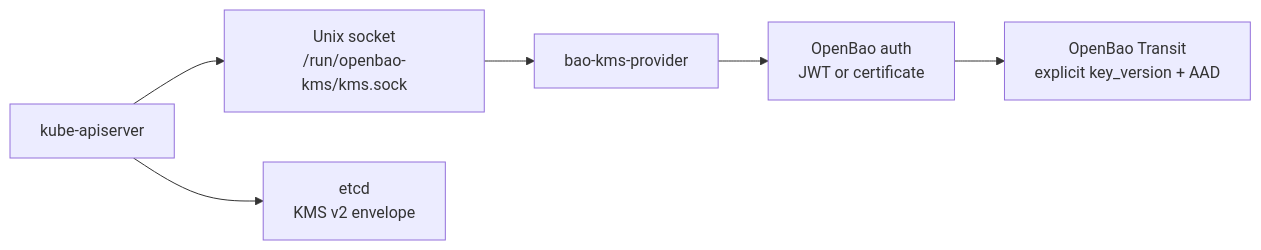
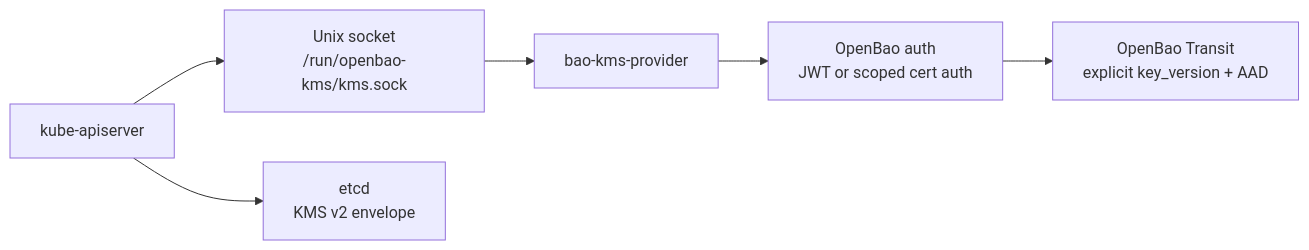
One commit to dc-tec/openbao-kubernetes-kms changed the diagram in README.md. Above: the diagram before and after it, drawn with Mermaid. The commit also changed other lines of this file and 19 other files, not shown here.

````diff
--- a/README.md
+++ b/README.md
@@ -35,13 +42,13 @@
 ```mermaid
 flowchart LR
     API["kube-apiserver"]
     Socket["Unix socket<br/>/run/openbao-kms/kms.sock"]
     Provider["bao-kms-provider"]
-    Auth["OpenBao auth<br/>JWT or certificate"]
+    Auth["OpenBao auth<br/>JWT or scoped cert auth"]
     Transit["OpenBao Transit<br/>explicit key_version + AAD"]
     Etcd["etcd<br/>KMS v2 envelope"]
 
     API --> Socket --> Provider
     Provider --> Auth --> Transit
     API --> Etcd
 ```
````
